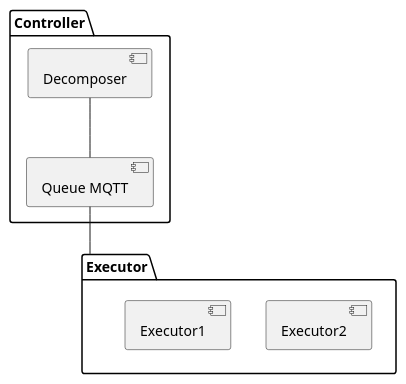
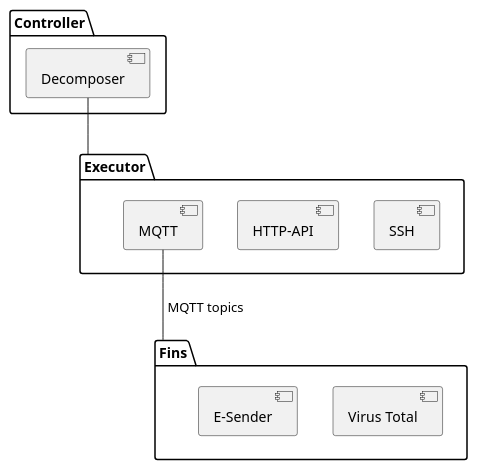
One commit to COSSAS/SOARCA changed the first of 5 diagrams in doc/executer.adoc. Above: the diagram before and after it, drawn with PlantUML. The commit also changed other lines of this file and 2 other files, not shown here.

```diff
--- a/doc/executer.adoc
+++ b/doc/executer.adoc
@@ -14,16 +43,24 @@
 [plantuml, target=soar-ca-executer-components]
 ....
 @startuml
 
 package "Controller" {
 component Decomposer as parser
-component "Queue MQTT" as queue
+
 }
 package "Executor" {
-component Executor2 as exe2
-component Executor1 as exe1
+    component SSH as exe2
+    component "HTTP-API" as exe1
+    component MQTT as exe3
 }
-parser -- queue
-queue -- Executor
+
+package "Fins" {
+    component "Virus Total" as virustotal
+    component "E-Sender" as email
+}
+
+parser -- Executor
+exe3 -- Fins : " MQTT topics"
+
 @enduml
 ....
```
